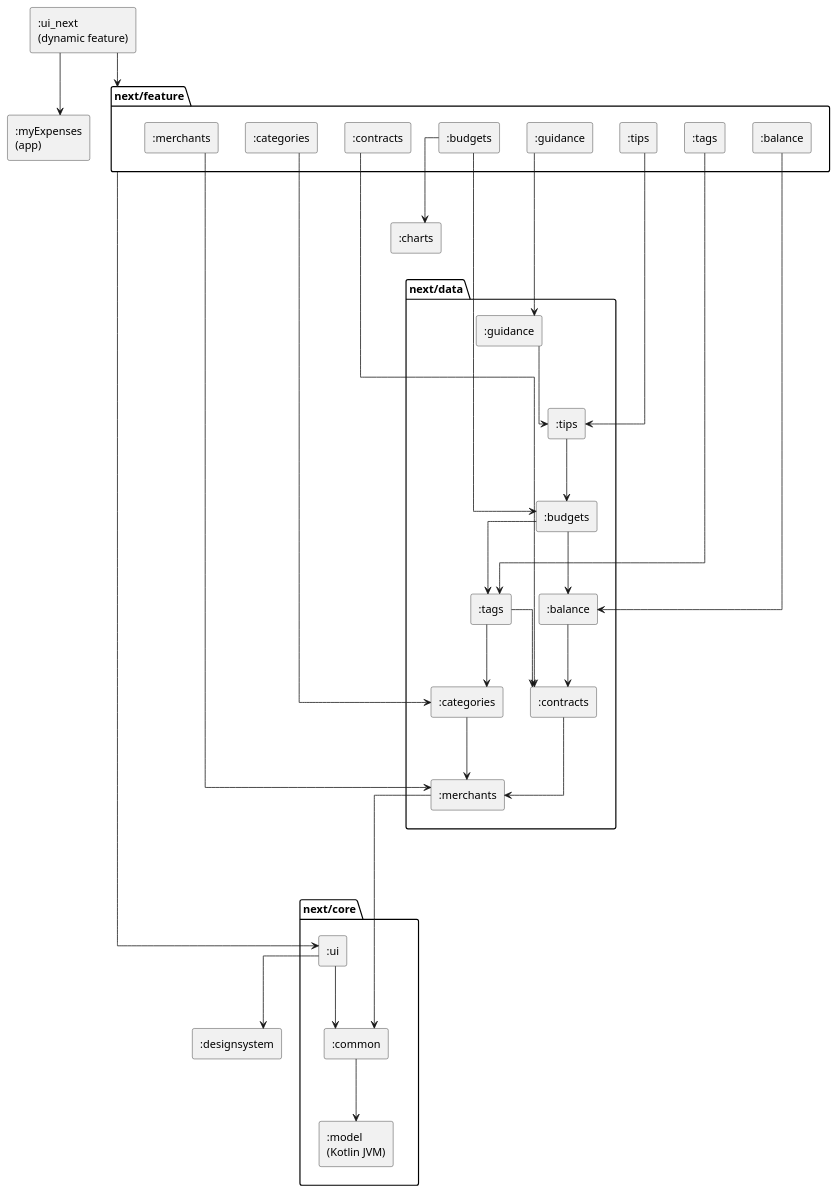
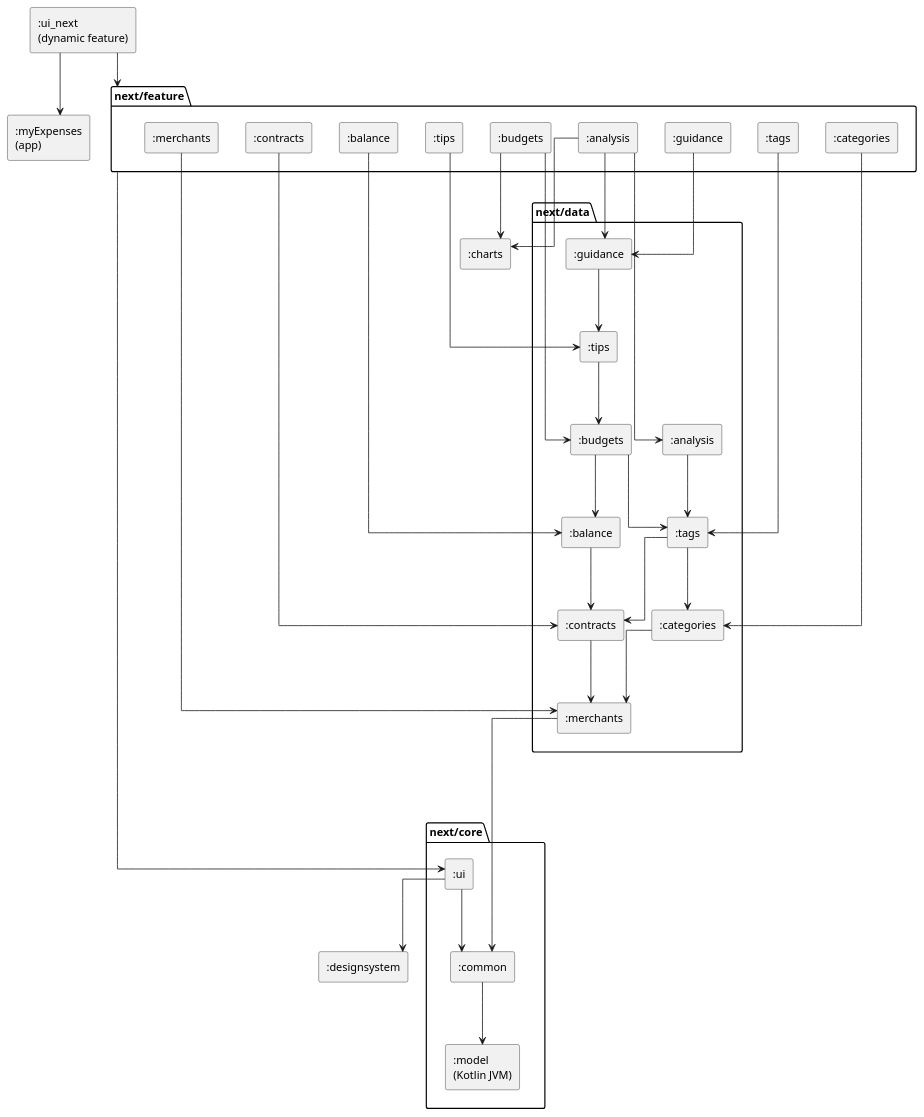
Before and after one commit to castn/MyExpenses: the diagram in ui_next/modules.puml, drawn with PlantUML. The commit also changed 4 other files, not shown here.

```diff
--- a/ui_next/modules.puml
+++ b/ui_next/modules.puml
@@ -1,73 +1,79 @@
 @startuml modules
 ' Generated by the task moduleGraph of build-logic (ModuleGraphPlugin), do not edit.
 ' Dependencies between the modules of the new UI, rule `mod-diagram` of ARCHITECTURE.md.
 ' An edge that follows from a longer path is left out.
 ' An edge from or to a package stands for an edge from or to every module in it.
 skinparam componentStyle rectangle
 skinparam linetype ortho
 skinparam ranksep 80
 top to bottom direction
 
 [:charts] as mCharts
 [:designsystem] as mDesignsystem
 [:myExpenses\n(app)] as mMyExpenses
 [:ui_next\n(dynamic feature)] as mUiNext
 
 package "next/core" as pNextCore {
     [:common] as mNextCoreCommon
     [:model\n(Kotlin JVM)] as mNextCoreModel
     [:ui] as mNextCoreUi
 }
 
 package "next/data" as pNextData {
+    [:analysis] as mNextDataAnalysis
     [:balance] as mNextDataBalance
     [:budgets] as mNextDataBudgets
     [:categories] as mNextDataCategories
     [:contracts] as mNextDataContracts
     [:guidance] as mNextDataGuidance
     [:merchants] as mNextDataMerchants
     [:tags] as mNextDataTags
     [:tips] as mNextDataTips
 }
 
 package "next/feature" as pNextFeature {
+    [:analysis] as mNextFeatureAnalysis
     [:balance] as mNextFeatureBalance
     [:budgets] as mNextFeatureBudgets
     [:categories] as mNextFeatureCategories
     [:contracts] as mNextFeatureContracts
     [:guidance] as mNextFeatureGuidance
     [:merchants] as mNextFeatureMerchants
     [:tags] as mNextFeatureTags
     [:tips] as mNextFeatureTips
 }
 
 ' Layout only
 mNextDataMerchants -[hidden]--> pNextCore
 mNextFeatureTips -[hidden]--> pNextData
 
 mUiNext --> pNextFeature
 pNextFeature --> mNextCoreUi
 mNextCoreCommon --> mNextCoreModel
 mNextCoreUi --> mDesignsystem
 mNextCoreUi --> mNextCoreCommon
+mNextDataAnalysis --> mNextDataTags
 mNextDataBalance --> mNextDataContracts
 mNextDataBudgets --> mNextDataBalance
 mNextDataBudgets --> mNextDataTags
 mNextDataCategories --> mNextDataMerchants
 mNextDataContracts --> mNextDataMerchants
 mNextDataGuidance --> mNextDataTips
 mNextDataMerchants --> mNextCoreCommon
 mNextDataTags --> mNextDataCategories
 mNextDataTags --> mNextDataContracts
 mNextDataTips --> mNextDataBudgets
+mNextFeatureAnalysis --> mCharts
+mNextFeatureAnalysis --> mNextDataAnalysis
+mNextFeatureAnalysis --> mNextDataGuidance
 mNextFeatureBalance --> mNextDataBalance
 mNextFeatureBudgets --> mCharts
 mNextFeatureBudgets --> mNextDataBudgets
 mNextFeatureCategories --> mNextDataCategories
 mNextFeatureContracts --> mNextDataContracts
 mNextFeatureGuidance --> mNextDataGuidance
 mNextFeatureMerchants --> mNextDataMerchants
 mNextFeatureTags --> mNextDataTags
 mNextFeatureTips --> mNextDataTips
 mUiNext --> mMyExpenses
 @enduml
```
